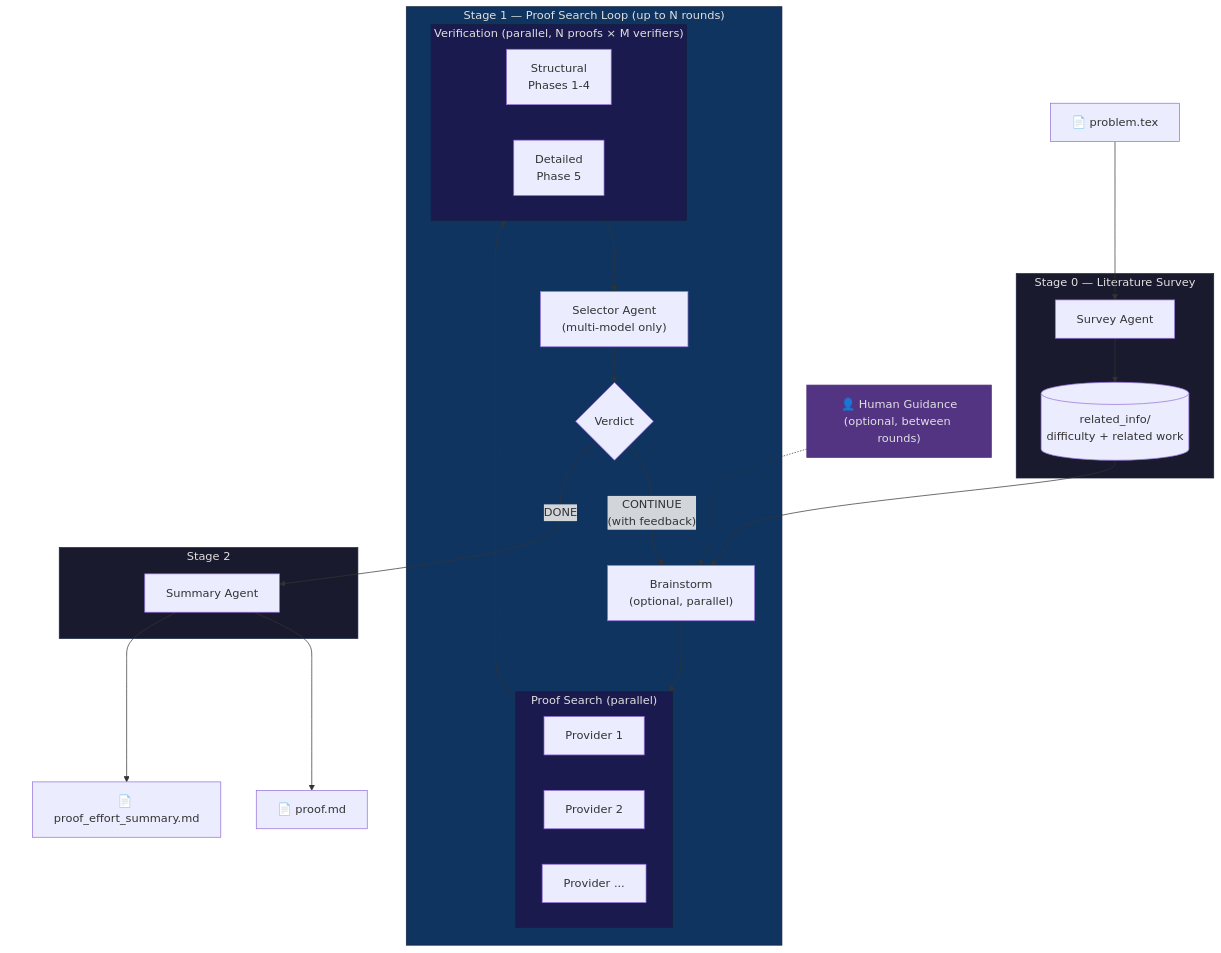
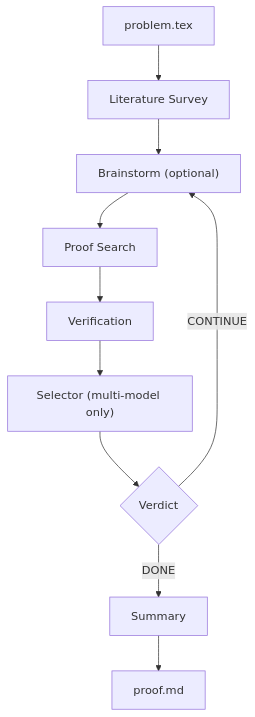
Before and after one commit to chenyang-an/QED: the first of 2 diagrams in README.md, drawn with Mermaid. The commit also changed other lines of this file, not shown here.

````diff
--- a/README.md
+++ b/README.md
@@ -519,61 +519,12 @@
 ```mermaid
-graph TD
-    subgraph INPUT[" "]
-        P["📄 problem.tex"]
-    end
-
-    subgraph STAGE0["Stage 0 — Literature Survey"]
-        LS["Survey Agent"]
-        RI[("related_info/<br/>difficulty + related work")]
-    end
-
-    subgraph LOOP["Stage 1 — Proof Search Loop (up to N rounds)"]
-        BS["Brainstorm<br/>(optional, parallel)"]
-
-        subgraph SEARCH["Proof Search (parallel)"]
-            S1["Provider 1"]
-            S2["Provider 2"]
-            S3["Provider ..."]
-        end
-
-        subgraph VERIFY["Verification (parallel, N proofs × M verifiers)"]
-            V1["Structural<br/>Phases 1-4"]
-            V2["Detailed<br/>Phase 5"]
-        end
-
-        SEL["Selector Agent<br/>(multi-model only)"]
-        VD{"Verdict"}
-    end
-
-    subgraph STAGE2["Stage 2"]
-        SUM["Summary Agent"]
-    end
-
-    subgraph OUTPUT[" "]
-        O1["📄 proof.md"]
-        O2["📄 proof_effort_summary.md"]
-    end
-
-    P --> LS
-    LS --> RI
-    RI --> BS
-    BS --> SEARCH
-    SEARCH --> VERIFY
-    VERIFY --> SEL
-    SEL --> VD
-    VD -- "CONTINUE<br/>(with feedback)" --> BS
-    VD -- "DONE" --> SUM
-    SUM --> O1
-    SUM --> O2
-
-    HH["👤 Human Guidance<br/>(optional, between rounds)"] -.-> BS
-
-    style INPUT fill:none,stroke:none
-    style OUTPUT fill:none,stroke:none
-    style STAGE0 fill:#1a1a2e,stroke:#16213e,color:#e0e0e0
-    style LOOP fill:#0f3460,stroke:#16213e,color:#e0e0e0
-    style SEARCH fill:#1a1a4e,stroke:#16213e,color:#e0e0e0
-    style VERIFY fill:#1a1a4e,stroke:#16213e,color:#e0e0e0
-    style STAGE2 fill:#1a1a2e,stroke:#16213e,color:#e0e0e0
-    style HH fill:#533483,stroke:#533483,color:#e0e0e0
+flowchart TD
+    P["problem.tex"] --> LS["Literature Survey"]
+    LS --> BS["Brainstorm (optional)"]
+    BS --> PS["Proof Search"]
+    PS --> V["Verification"]
+    V --> SEL["Selector (multi-model only)"]
+    SEL --> VD{"Verdict"}
+    VD -- DONE --> SUM["Summary"]
+    VD -- CONTINUE --> BS
+    SUM --> O["proof.md"]
 ```
````
